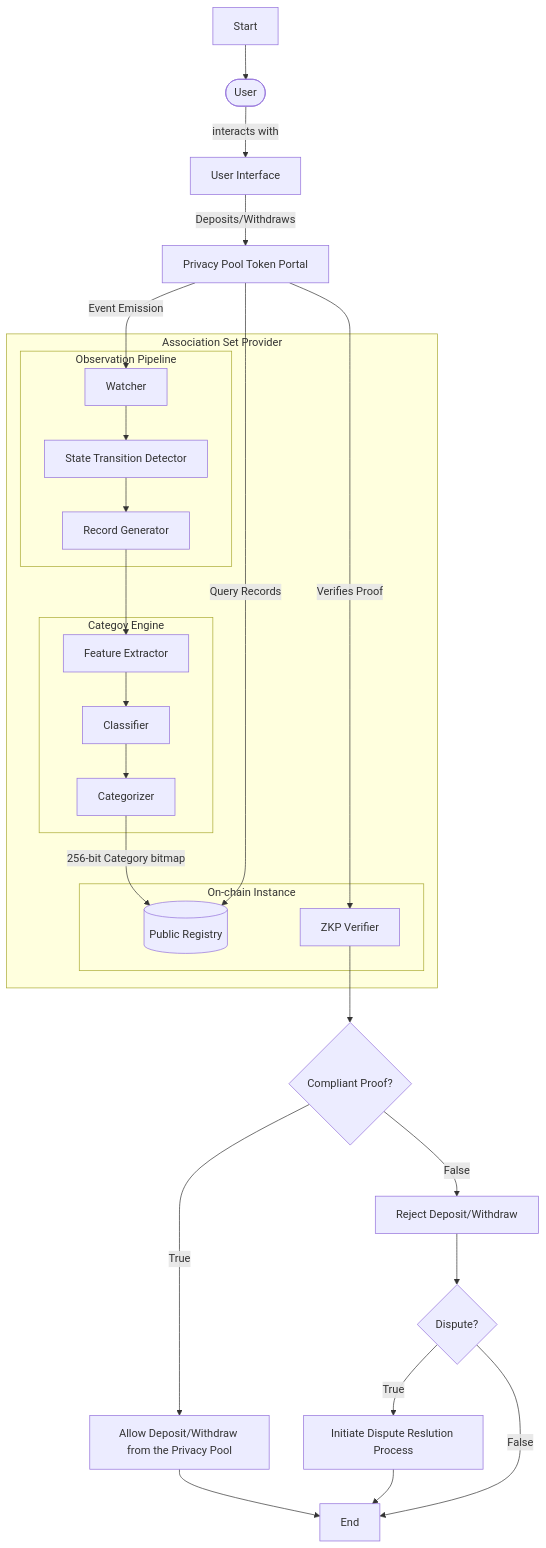
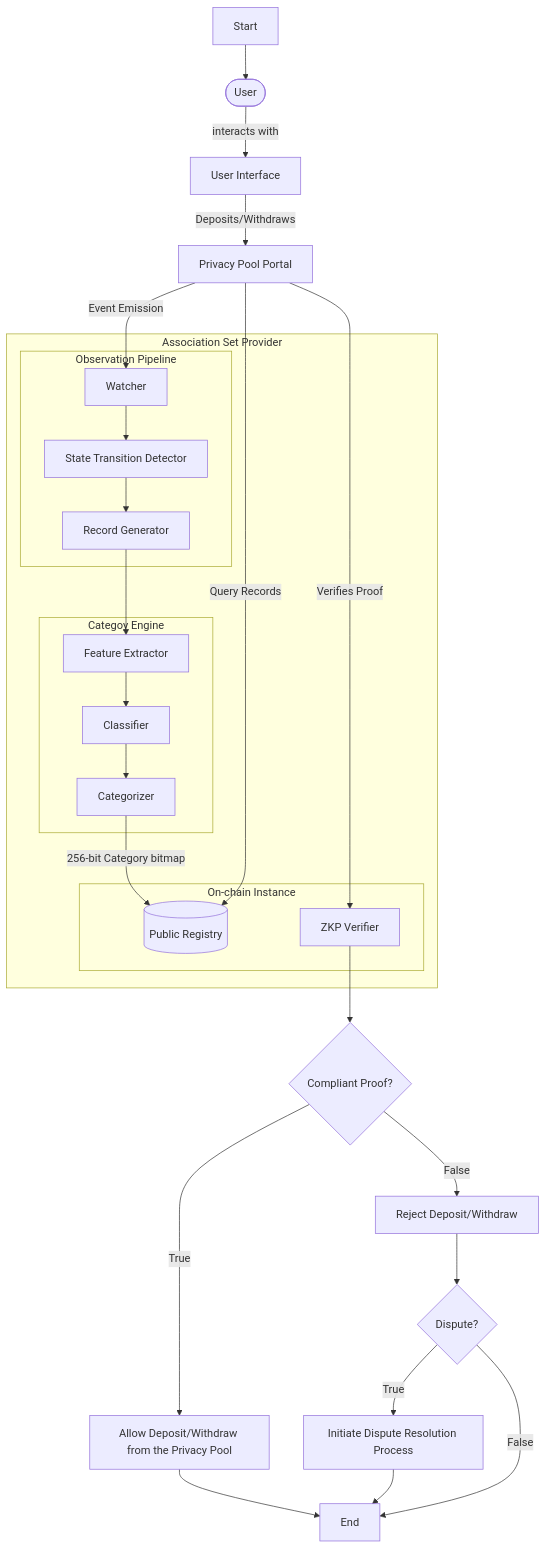
Before and after one commit to 0xbow-io/asp-aztec-bridge: the diagram in docs/assets/flowchart.md, drawn with Mermaid. The commit also changed 1 other file, not shown here.

Commit message:
docs(sequence-and-flowchart.md): Shortened portal contract name on diagrams

````diff
--- a/docs/assets/flowchart.md
+++ b/docs/assets/flowchart.md
@@ -1,36 +1,36 @@
 ```mermaid
 flowchart TD
     start[Start] --> User
     User([User]) --> |interacts with| UI[User Interface]
-    UI --> |Deposits/Withdraws| PP[Privacy Pool Token Portal]
+    UI --> |Deposits/Withdraws| PP[Privacy Pool Portal]
     PP --> |Event Emission| W[Watcher]
     
     subgraph ASP [Association Set Provider]
         subgraph OP [Observation Pipeline]
         W[Watcher] --> STD[State Transition Detector]
         STD --> RG[Record Generator]
         end
         subgraph CE [Categoy Engine]
         RG --> FE[Feature Extractor]
         FE --> CL[Classifier]
         CL --> CT[Categorizer]
         end
         subgraph OI [On-chain Instance]
         CT --> |256-bit Category bitmap| PR[(Public Registry)]
         ZKPV[ZKP Verifier]
         end
     end
     
     PP --> |Query Records| PR
     PP --> |Verifies Proof| ZKPV
     
     ZKPV --> CP{Compliant Proof?}
     CP --> |True| ATX[Allow Deposit/Withdraw from the Privacy Pool]
     CP --> |False| RTX[Reject Deposit/Withdraw]
     ATX --> END[End]
     RTX --> D{Dispute?}
-    D --> |True| R[Initiate Dispute Reslution Process]
+    D --> |True| R[Initiate Dispute Resolution Process]
     R --> END
     D --> |False| END
     
 ```
````
